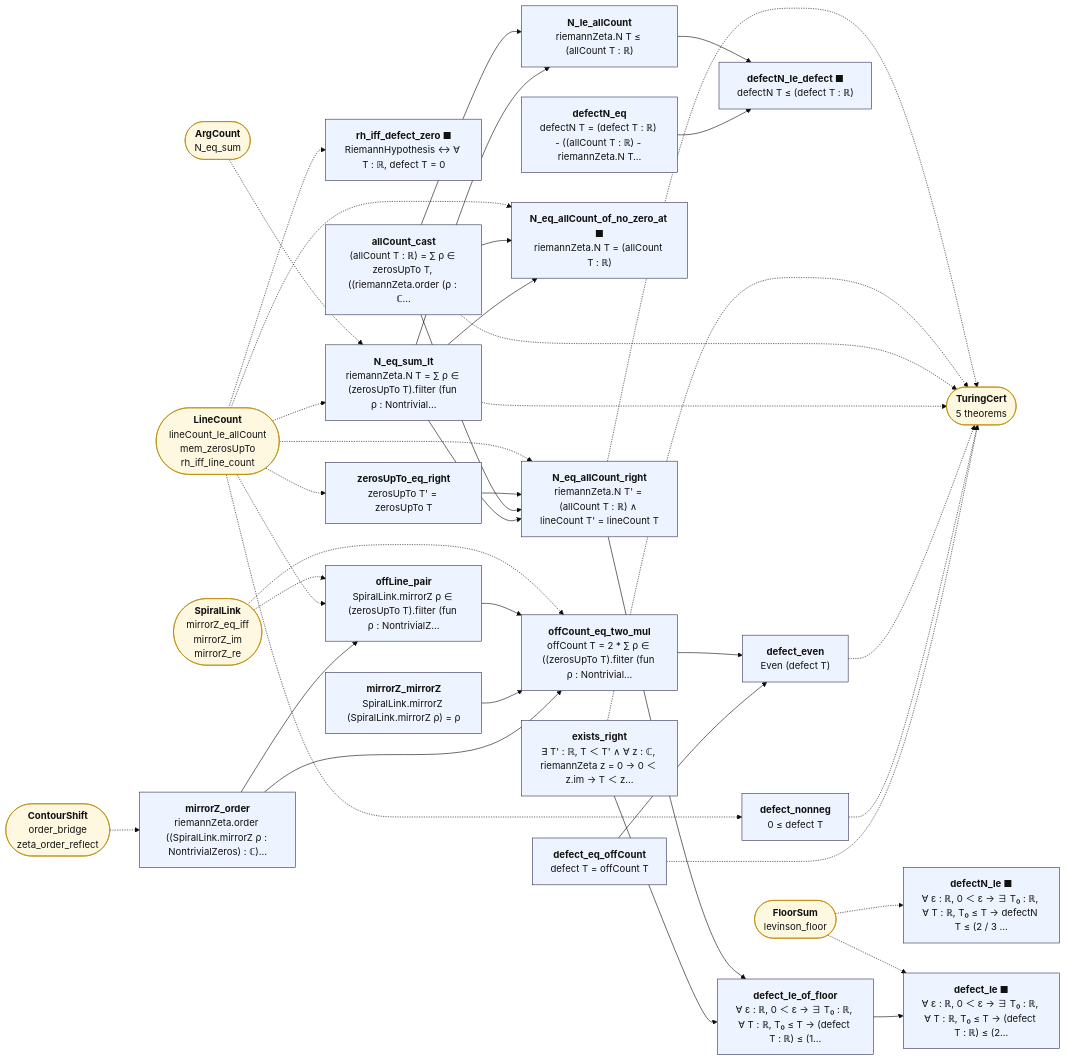
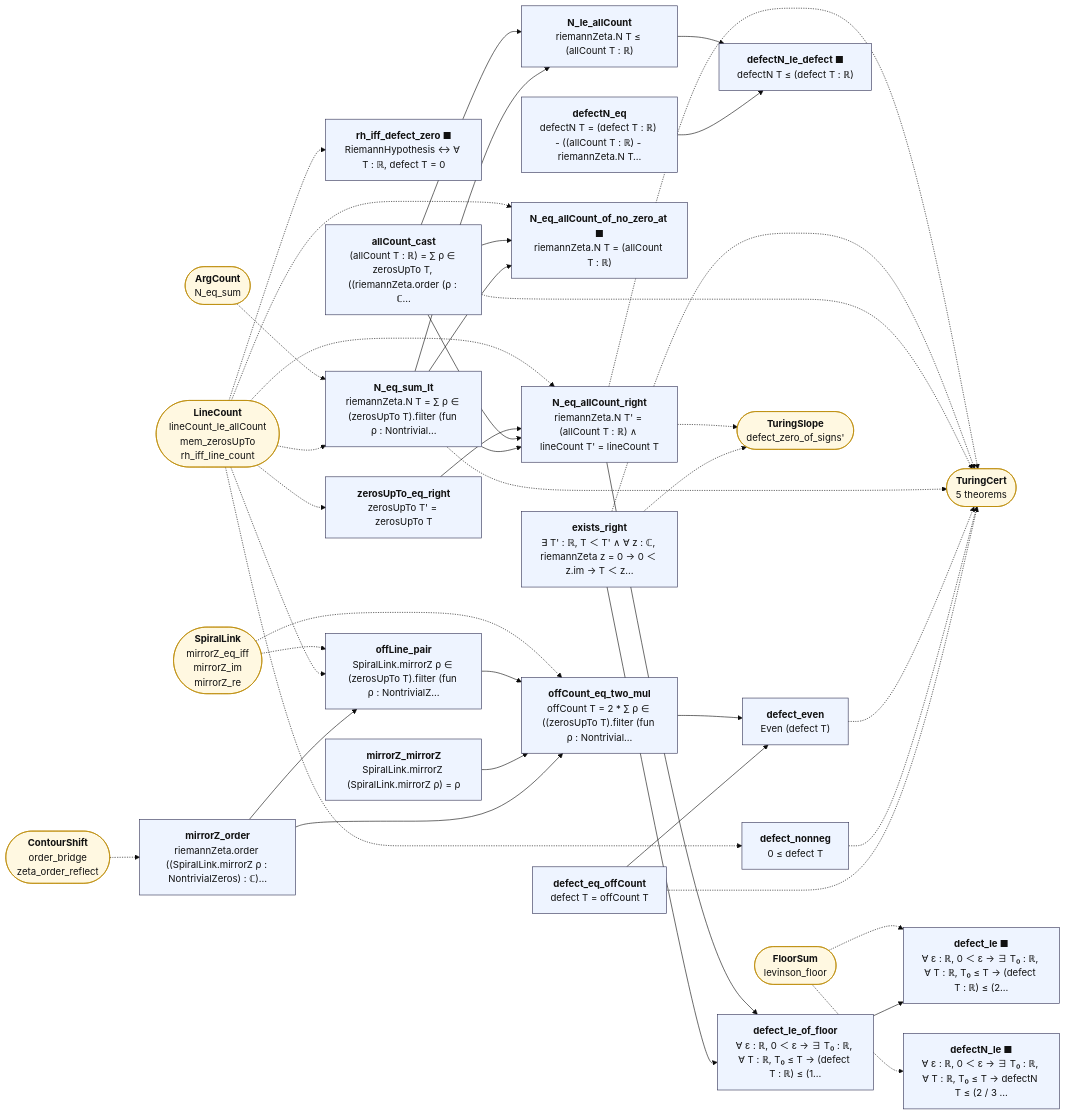
One commit to juliansambranojr/Primebeat_081426 changed the diagram in map/lean_stage3/Defect.md. Above: the diagram before and after it, drawn with Mermaid (base theme). The commit also changed other lines of this file and 33 other files, not shown here.

````diff
--- a/map/lean_stage3/Defect.md
+++ b/map/lean_stage3/Defect.md
@@ -14,75 +14,78 @@
 ```mermaid
 flowchart LR
   n0["<b>defect_eq_offCount</b><br/>defect T = offCount T"]:::thm
   n1["<b>defect_nonneg</b><br/>0 ≤ defect T"]:::thm
   n2["<b>rh_iff_defect_zero ■</b><br/>RiemannHypothesis ↔ ∀ T : ℝ, defect T = 0"]:::thm
   n3["<b>N_eq_sum_lt</b><br/>riemannZeta.N T = ∑ ρ ∈ (zerosUpTo T).filter (fun ρ : Nontrivial…"]:::thm
   n4["<b>allCount_cast</b><br/>(allCount T : ℝ) = ∑ ρ ∈ zerosUpTo T, ((riemannZeta.order (ρ : ℂ…"]:::thm
   n5["<b>N_le_allCount</b><br/>riemannZeta.N T ≤ (allCount T : ℝ)"]:::thm
   n6["<b>N_eq_allCount_of_no_zero_at ■</b><br/>riemannZeta.N T = (allCount T : ℝ)"]:::thm
   n7["<b>exists_right</b><br/>∃ T' : ℝ, T ＜ T' ∧ ∀ z : ℂ, riemannZeta z = 0 → 0 ＜ z.im → T ＜ z…"]:::thm
   n8["<b>zerosUpTo_eq_right</b><br/>zerosUpTo T' = zerosUpTo T"]:::thm
   n9["<b>N_eq_allCount_right</b><br/>riemannZeta.N T' = (allCount T : ℝ) ∧ lineCount T' = lineCount T"]:::thm
   n10["<b>defectN_eq</b><br/>defectN T = (defect T : ℝ) - ((allCount T : ℝ) - riemannZeta.N T…"]:::thm
   n11["<b>defectN_le_defect ■</b><br/>defectN T ≤ (defect T : ℝ)"]:::thm
   n12["<b>mirrorZ_order</b><br/>riemannZeta.order ((SpiralLink.mirrorZ ρ : NontrivialZeros) : ℂ)…"]:::thm
   n13["<b>mirrorZ_mirrorZ</b><br/>SpiralLink.mirrorZ (SpiralLink.mirrorZ ρ) = ρ"]:::thm
   n14["<b>offLine_pair</b><br/>SpiralLink.mirrorZ ρ ∈ (zerosUpTo T).filter (fun ρ : NontrivialZ…"]:::thm
   n15["<b>offCount_eq_two_mul</b><br/>offCount T = 2 * ∑ ρ ∈ ((zerosUpTo T).filter (fun ρ : Nontrivial…"]:::thm
   n16["<b>defect_even</b><br/>Even (defect T)"]:::thm
   n17["<b>defect_le_of_floor</b><br/>∀ ε : ℝ, 0 ＜ ε → ∃ T₀ : ℝ, ∀ T : ℝ, T₀ ≤ T → (defect T : ℝ) ≤ (1…"]:::thm
   n18["<b>defect_le ■</b><br/>∀ ε : ℝ, 0 ＜ ε → ∃ T₀ : ℝ, ∀ T : ℝ, T₀ ≤ T → (defect T : ℝ) ≤ (2…"]:::thm
   n19["<b>defectN_le ■</b><br/>∀ ε : ℝ, 0 ＜ ε → ∃ T₀ : ℝ, ∀ T : ℝ, T₀ ≤ T → defectN T ≤ (2 / 3 …"]:::thm
   x0(["<b>TuringCert</b><br/>5 theorems"]):::ext
   x1(["<b>LineCount</b><br/>lineCount_le_allCount<br/>mem_zerosUpTo<br/>rh_iff_line_count"]):::ext
   x2(["<b>ArgCount</b><br/>N_eq_sum"]):::ext
-  x3(["<b>ContourShift</b><br/>order_bridge<br/>zeta_order_reflect"]):::ext
-  x4(["<b>SpiralLink</b><br/>mirrorZ_eq_iff<br/>mirrorZ_im<br/>mirrorZ_re"]):::ext
-  x5(["<b>FloorSum</b><br/>levinson_floor"]):::ext
+  x3(["<b>TuringSlope</b><br/>defect_zero_of_signs'"]):::ext
+  x4(["<b>ContourShift</b><br/>order_bridge<br/>zeta_order_reflect"]):::ext
+  x5(["<b>SpiralLink</b><br/>mirrorZ_eq_iff<br/>mirrorZ_im<br/>mirrorZ_re"]):::ext
+  x6(["<b>FloorSum</b><br/>levinson_floor"]):::ext
   n0 --> n16
   n10 --> n11
   n12 --> n14
   n12 --> n15
   n13 --> n15
   n14 --> n15
   n15 --> n16
   n17 --> n18
   n3 --> n5
   n3 --> n6
   n3 --> n9
   n4 --> n5
   n4 --> n6
   n4 --> n9
   n5 --> n11
   n7 --> n17
   n8 --> n9
   n9 --> n17
   n0 -.-> x0
   n1 -.-> x0
   n16 -.-> x0
   n3 -.-> x0
   n4 -.-> x0
   n7 -.-> x0
+  n7 -.-> x3
   n9 -.-> x0
+  n9 -.-> x3
   x1 -.-> n1
   x1 -.-> n14
   x1 -.-> n2
   x1 -.-> n3
   x1 -.-> n6
   x1 -.-> n8
   x1 -.-> n9
   x2 -.-> n3
-  x3 -.-> n12
-  x4 -.-> n14
-  x4 -.-> n15
-  x5 -.-> n18
-  x5 -.-> n19
+  x4 -.-> n12
+  x5 -.-> n14
+  x5 -.-> n15
+  x6 -.-> n18
+  x6 -.-> n19
   classDef cnt fill:#dff5ec,stroke:#17694a,color:#111
   classDef shp fill:#f1ecfb,stroke:#5b3fa0,color:#111
   classDef rh fill:#ffe5e5,stroke:#c22,color:#111,stroke-width:2px
   classDef thm fill:#eef4ff,stroke:#335,color:#111
   classDef end_ fill:#e7f7e7,stroke:#2a7,color:#111,stroke-width:2px
   classDef lone fill:#fff,stroke:#999,color:#111,stroke-dasharray:4 3
   classDef bad fill:#ffe5e5,stroke:#c22,color:#111,stroke-width:2px
   classDef ext fill:#fff8e1,stroke:#b80,color:#111
 ```
````
